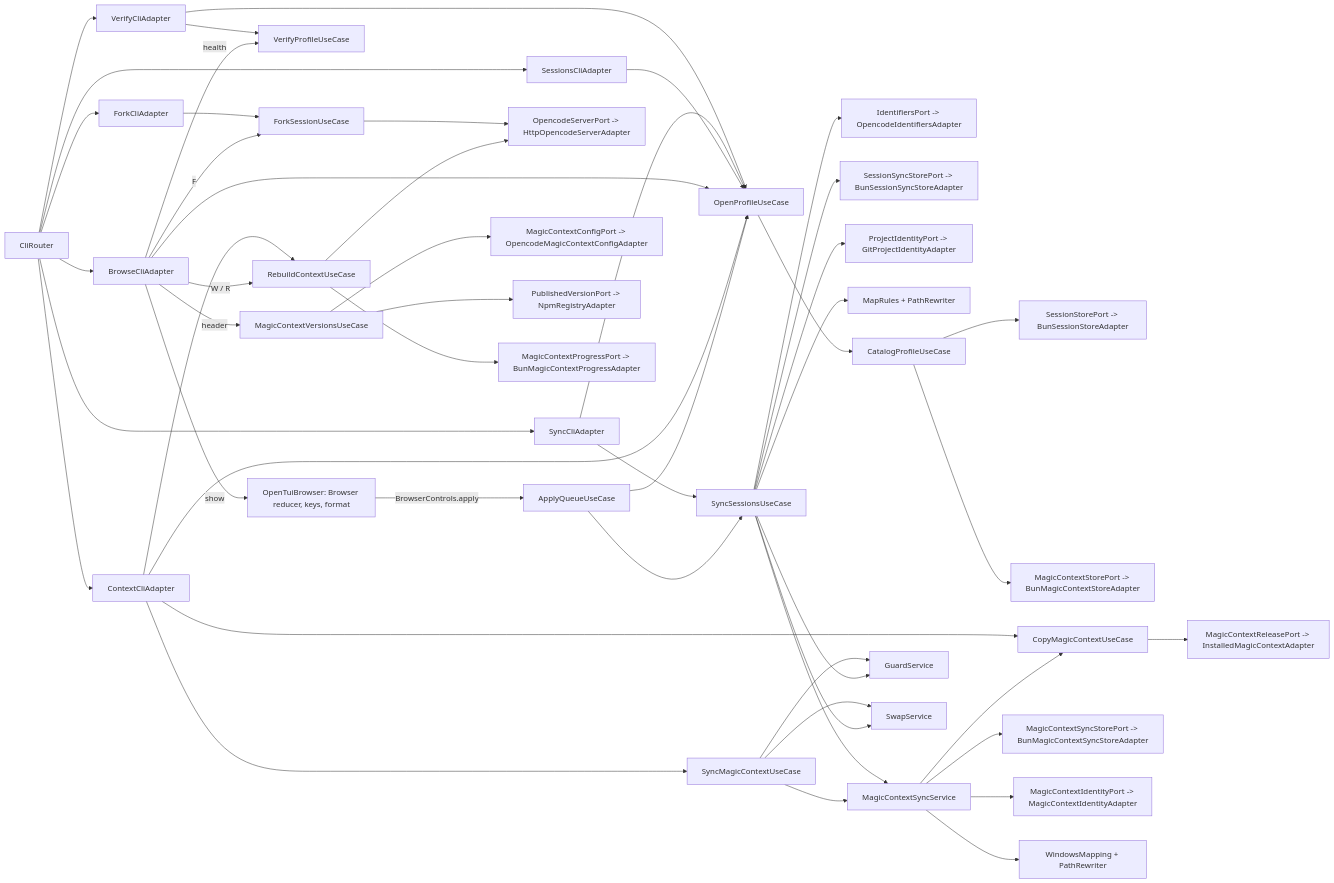
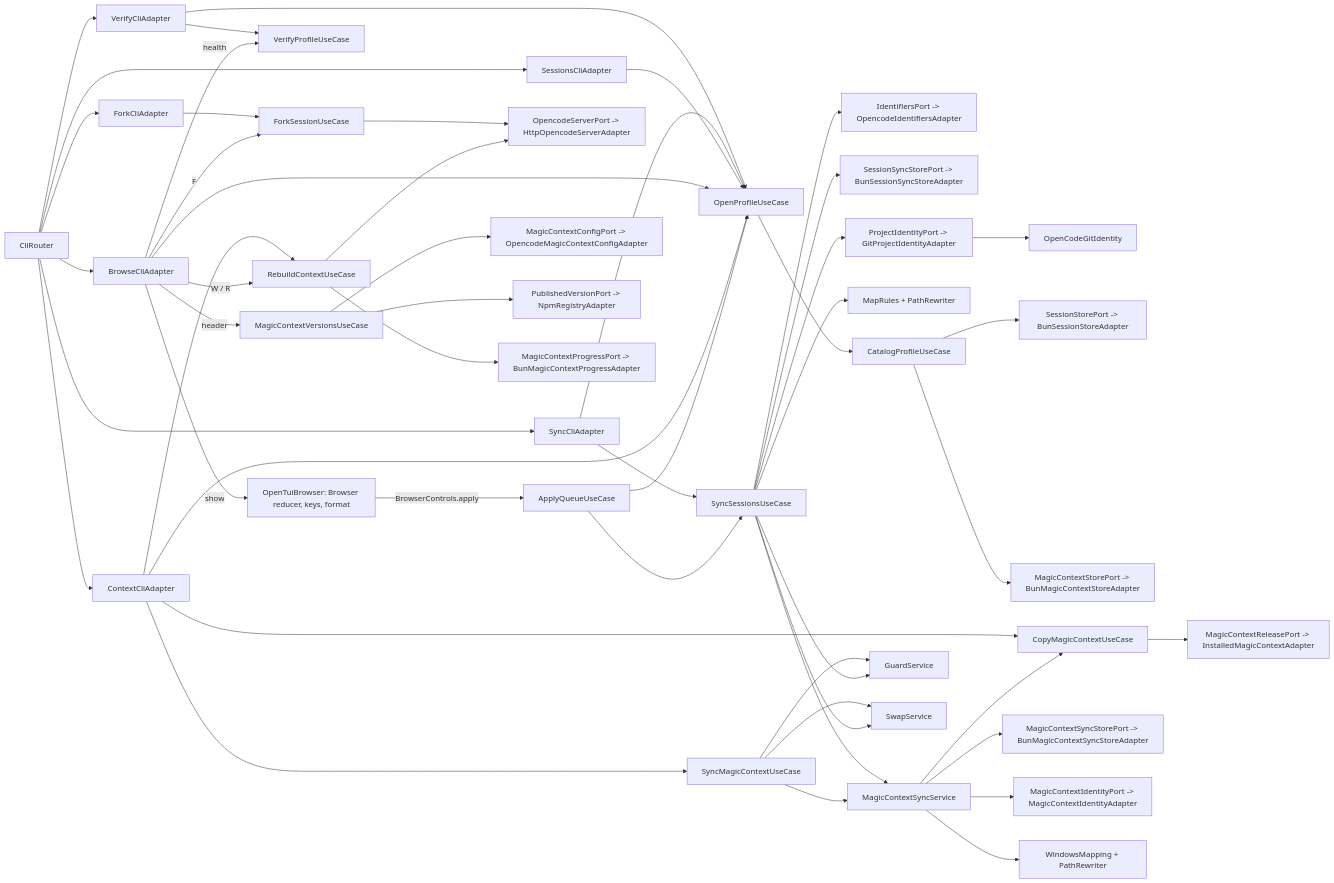
Before and after one commit to mavasbel-devtools/opencode-session-manager: the third of 3 diagrams in README.md, drawn with Mermaid. The commit also changed other lines of this file and 10 other files, not shown here.

First line of the commit message:
refactor: one OpenCode git identity for both project resolvers, fixed to OpenCode's rules

````diff
--- a/README.md
+++ b/README.md
@@ -560,51 +562,52 @@
 ```mermaid
 flowchart LR
     ROUTER[CliRouter] --> SC[SessionsCliAdapter]
     ROUTER --> XC[ContextCliAdapter]
     ROUTER --> BC[BrowseCliAdapter]
     ROUTER --> YC[SyncCliAdapter]
     ROUTER --> VC[VerifyCliAdapter]
     ROUTER --> FC[ForkCliAdapter]
     FC --> FK[ForkSessionUseCase]
     BC -->|F| FK
     FK --> SRV
     SY --> IDS[IdentifiersPort -> OpencodeIdentifiersAdapter]
     VC --> OP
     VC --> VF
     YC --> OP
     YC --> SY[SyncSessionsUseCase]
     SY --> SST[SessionSyncStorePort -> BunSessionSyncStoreAdapter]
     SY --> PI[ProjectIdentityPort -> GitProjectIdentityAdapter]
+    PI --> OGI[OpenCodeGitIdentity]
     SY --> MR[MapRules + PathRewriter]
     SY --> MB
     BC -->|show| TUI[OpenTuiBrowser: Browser reducer, keys, format]
     TUI -->|BrowserControls.apply| AQ[ApplyQueueUseCase]
     AQ --> SY
     BC -->|health| VF[VerifyProfileUseCase]
     BC -->|header| MV[MagicContextVersionsUseCase]
     MV --> MCC[MagicContextConfigPort -> OpencodeMagicContextConfigAdapter]
     MV --> NPM[PublishedVersionPort -> NpmRegistryAdapter]
     SC --> OP[OpenProfileUseCase]
     BC --> OP
     XC --> OP
     OP --> CAT[CatalogProfileUseCase]
     CAT --> SS[SessionStorePort -> BunSessionStoreAdapter]
     CAT --> MCS[MagicContextStorePort -> BunMagicContextStoreAdapter]
     XC --> RB[RebuildContextUseCase]
     BC -->|W / R| RB
     RB --> SRV[OpencodeServerPort -> HttpOpencodeServerAdapter]
     RB --> PRG[MagicContextProgressPort -> BunMagicContextProgressAdapter]
     XC --> CM[CopyMagicContextUseCase]
     XC --> SM[SyncMagicContextUseCase]
     AQ --> OP
     SM --> MB[MagicContextSyncService]
     MB --> CM
     CM --> REL[MagicContextReleasePort -> InstalledMagicContextAdapter]
     MB --> SYS[MagicContextSyncStorePort -> BunMagicContextSyncStoreAdapter]
     MB --> MID[MagicContextIdentityPort -> MagicContextIdentityAdapter]
     MB --> WM[WindowsMapping + PathRewriter]
     SM --> GD[GuardService]
     SM --> SW[SwapService]
     SY --> GD
     SY --> SW
 ```
````
